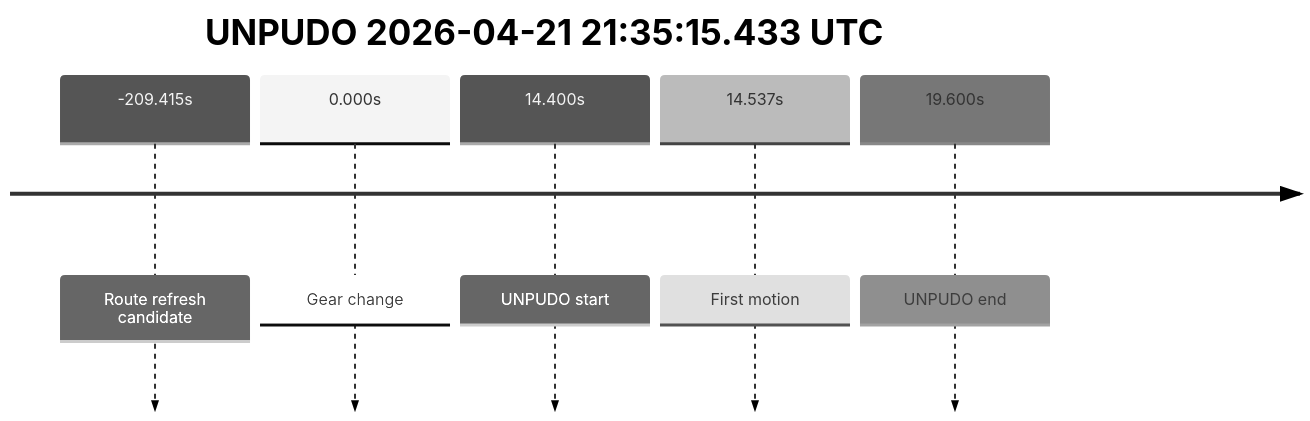
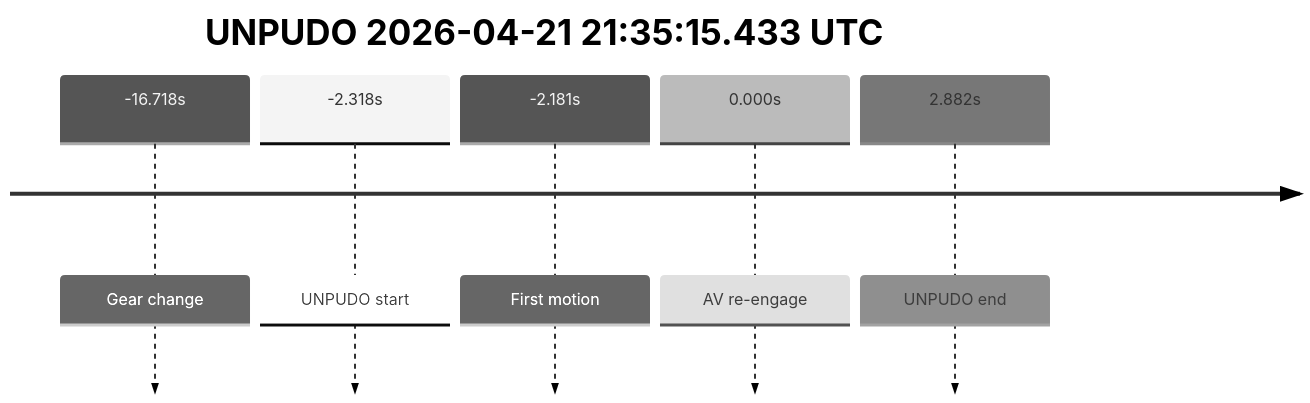
One commit to yoelshapiro/vault changed the first of 5 diagrams in model_analysis/report_cards/2026/04/Week-4/fme20009--2026-04-21--20-53-31--gen2-av-c485ff0d-599e-495f-bee7-17c4a854ab52.md. Above: the diagram before and after it, drawn with Mermaid (neutral theme). The commit also changed other lines of this file and 1 other file, not shown here.

````diff
--- a/model_analysis/report_cards/2026/04/Week-4/fme20009--2026-04-21--20-53-31--gen2-av-c485ff0d-599e-495f-bee7-17c4a854ab52.md
+++ b/model_analysis/report_cards/2026/04/Week-4/fme20009--2026-04-21--20-53-31--gen2-av-c485ff0d-599e-495f-bee7-17c4a854ab52.md
@@ -35,9 +35,9 @@
 ```mermaid
 timeline
     title UNPUDO 2026-04-21 21:35:15.433 UTC
-    -209.415s : Route refresh candidate
-    0.000s : Gear change
-    14.400s : UNPUDO start
-    14.537s : First motion
-    19.600s : UNPUDO end
+    -16.718s : Gear change
+    -2.318s : UNPUDO start
+    -2.181s : First motion
+    0.000s : AV re-engage
+    2.882s : UNPUDO end
 ```
````
